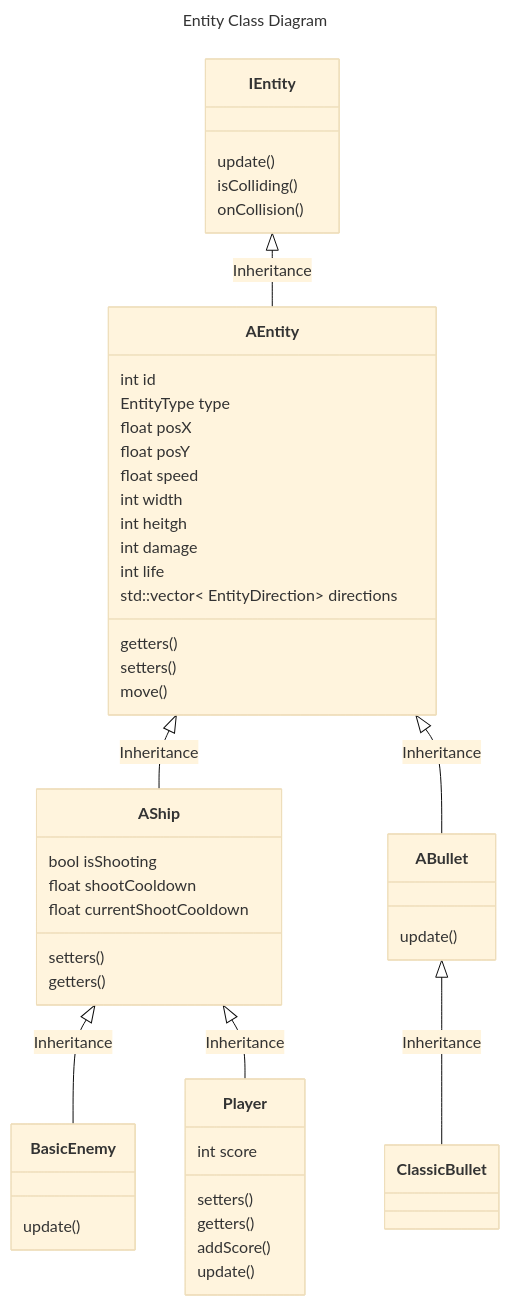
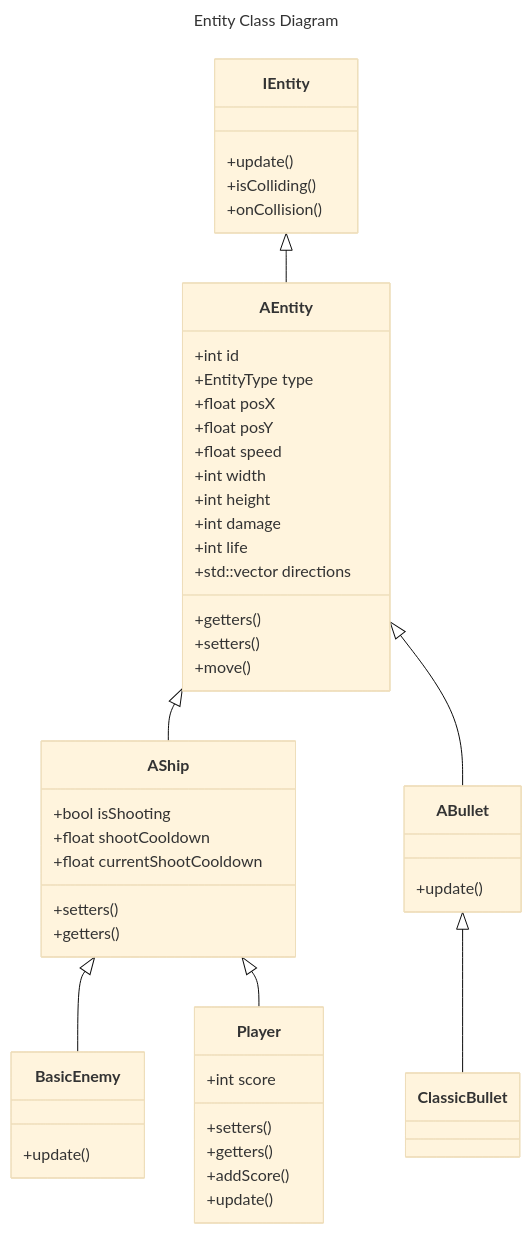
One commit to epitech-mirroring/R-Type-docs changed the second of 3 diagrams in dev/server/server.md. Above: the diagram before and after it, drawn with Mermaid (base theme).

Commit message:
:memo: Fix mermaid graph

````diff
--- a/dev/server/server.md
+++ b/dev/server/server.md
@@ -41,54 +41,56 @@
 ```mermaid
 ---
 title: Entity Class Diagram
 ---
 classDiagram
-    IEntity <|-- AEntity : Inheritance
-    AEntity <|-- AShip : Inheritance
-    AEntity <|-- ABullet : Inheritance
-    ABullet <|-- ClassicBullet : Inheritance
-    AShip <|-- BasicEnemy : Inheritance
-    AShip <|-- Player : Inheritance
-    
+    IEntity <|-- AEntity
+    AEntity <|-- AShip
+    AEntity <|-- ABullet
+    ABullet <|-- ClassicBullet
+    AShip <|-- BasicEnemy
+    AShip <|-- Player
+
     class IEntity {
-        update()
-        isColliding()
-        onCollision()
+        +update()
+        +isColliding()
+        +onCollision()
     }
-    class AEntity{
-        int id
-        EntityType type
-        float posX
-        float posY
-        float speed
-        int width
-        int heitgh
-        int damage
-        int life
-        std::vector< EntityDirection> directions
+    class AEntity {
+        +int id
+        +EntityType type
+        +float posX
+        +float posY
+        +float speed
+        +int width
+        +int height
+        +int damage
+        +int life
+        +std::vector<EntityDirection> directions
 
-        getters()
-        setters()
-        move()
+        +getters()
+        +setters()
+        +move()
     }
-    class AShip{
-        bool isShooting
-        float shootCooldown
-        float currentShootCooldown
-        setters()
-        getters()
+    class AShip {
+        +bool isShooting
+        +float shootCooldown
+        +float currentShootCooldown
+
+        +setters()
+        +getters()
     }
     class Player {
-        int score
-        setters()
-        getters()
-        addScore()
-        update()
+        +int score
+
+        +setters()
+        +getters()
+        +addScore()
+        +update()
     }
-    class BasicEnemy{
-        update()
+    class BasicEnemy {
+        +update()
     }
-    class ABullet{
-        update()
+    class ABullet {
+        +update()
     }
 ```
````
